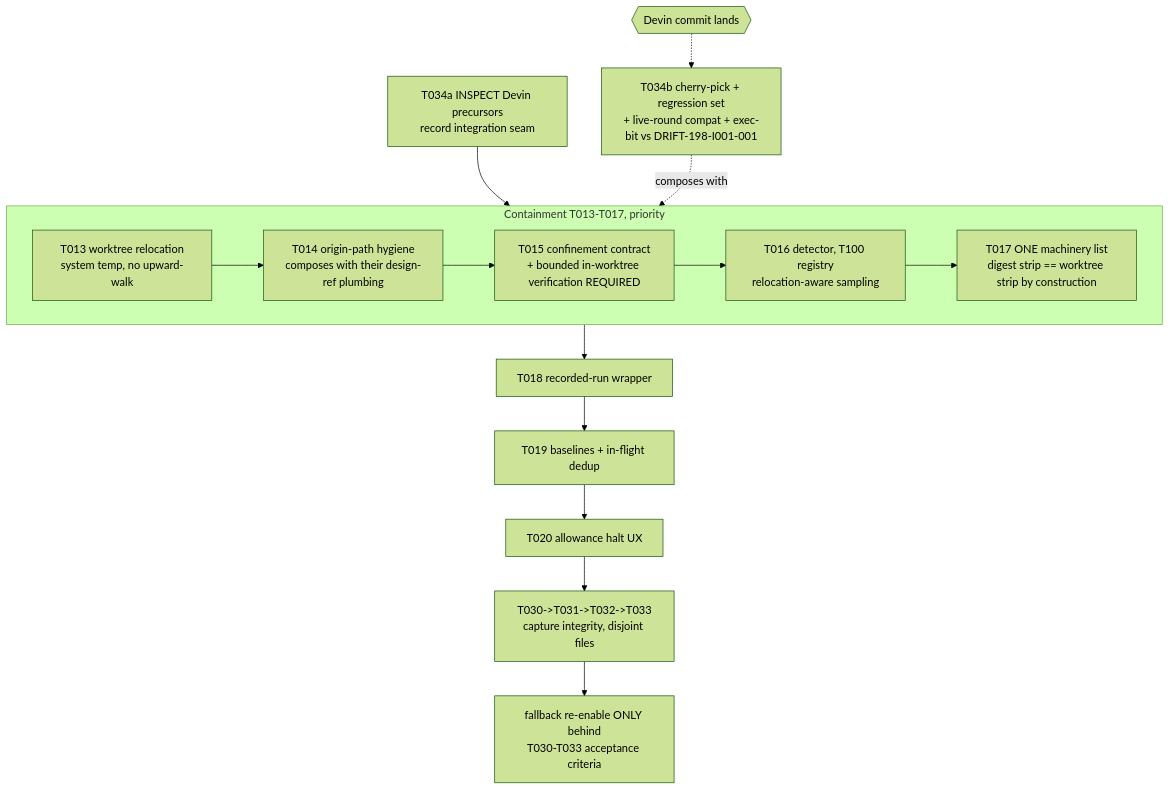
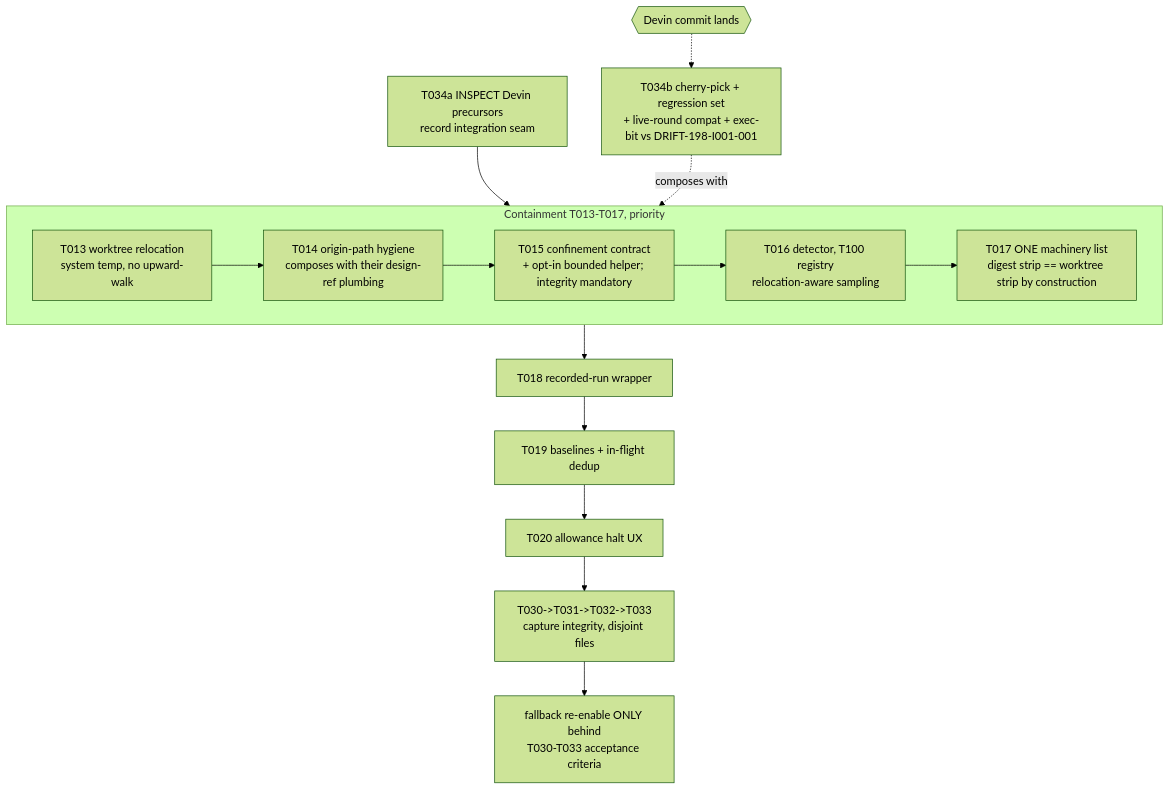
One commit to alonf/specrew changed the second of 3 diagrams in specs/198-beta2-hardening/iterations/003/design-analysis.md. Above: the diagram before and after it, drawn with Mermaid (forest theme). The commit also changed other lines of this file and 4 other files, not shown here.

````diff
--- a/specs/198-beta2-hardening/iterations/003/design-analysis.md
+++ b/specs/198-beta2-hardening/iterations/003/design-analysis.md
@@ -135,15 +137,15 @@
 ```mermaid
 flowchart TB
   I[T034a INSPECT Devin precursors<br/>record integration seam] --> C
   subgraph C[Containment T013-T017, priority]
     T13[T013 worktree relocation<br/>system temp, no upward-walk] --> T14[T014 origin-path hygiene<br/>composes with their design-ref plumbing]
-    T14 --> T15[T015 confinement contract<br/>+ bounded in-worktree verification REQUIRED]
+    T14 --> T15[T015 confinement contract<br/>+ opt-in bounded helper; integrity mandatory]
     T15 --> T16[T016 detector, T100 registry<br/>relocation-aware sampling]
     T16 --> T17[T017 ONE machinery list<br/>digest strip == worktree strip by construction]
   end
   C --> R[T018 recorded-run wrapper] --> B[T019 baselines + in-flight dedup] --> U[T020 allowance halt UX]
   U --> G[T030->T031->T032->T033<br/>capture integrity, disjoint files]
   L{{Devin commit lands}} -.-> D[T034b cherry-pick + regression set<br/>+ live-round compat + exec-bit vs DRIFT-198-I001-001]
   D -.composes with.-> C
   G --> E[fallback re-enable ONLY behind<br/>T030-T033 acceptance criteria]
 ```
````
